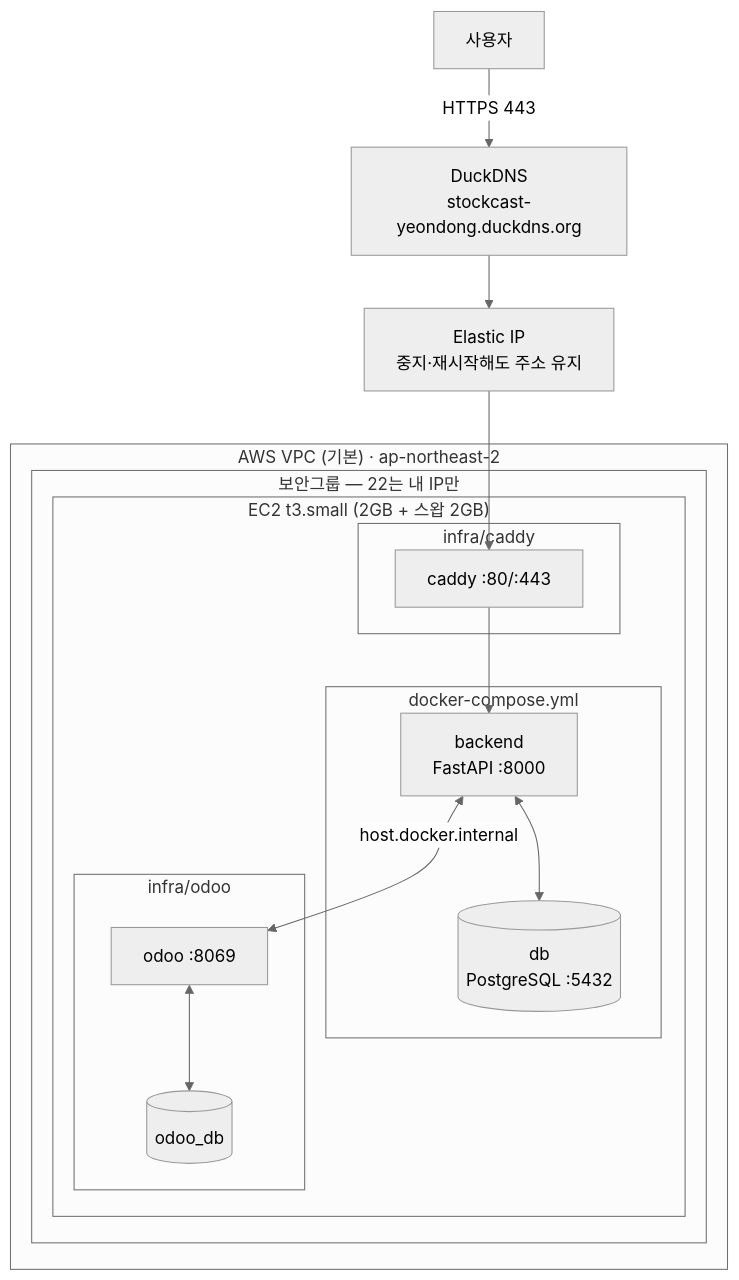
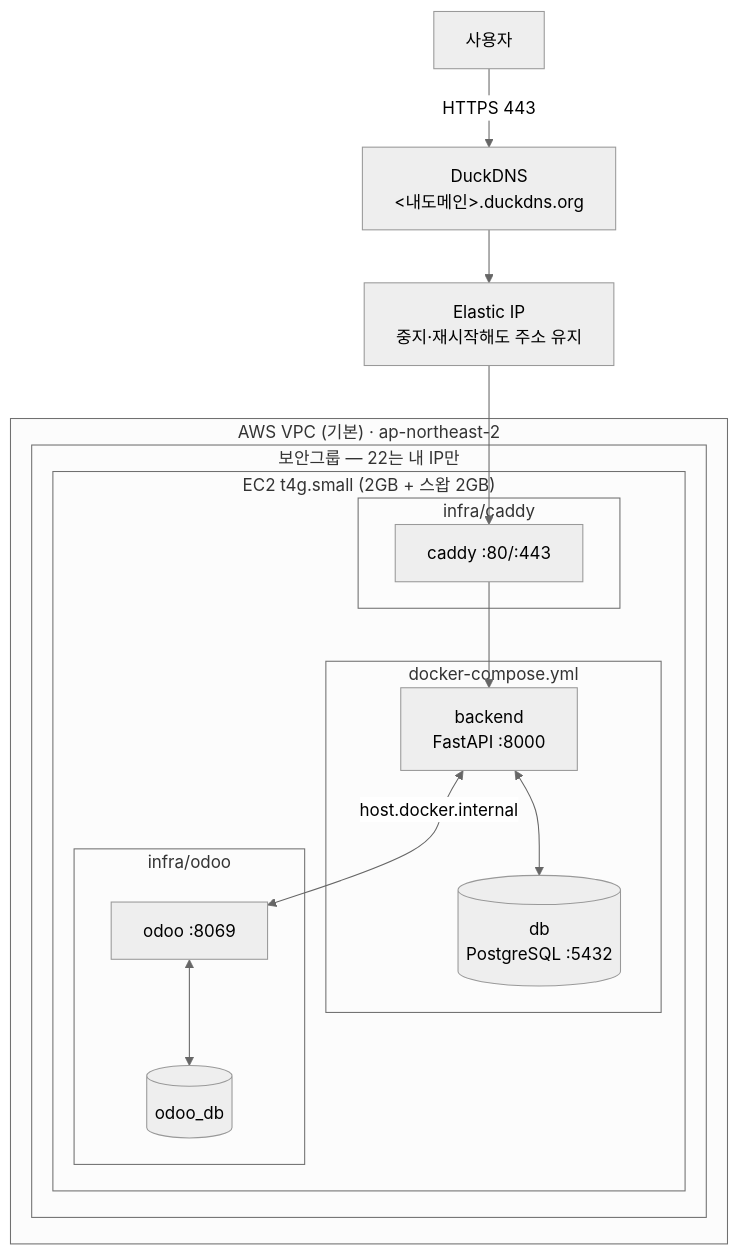
The sixth of 8 diagrams in docs/설계/시스템아키텍처.md (adieud99/Stockcast), drawn with Mermaid (neutral theme) before and after one commit. The commit also changed other lines of this file and 6 other files, not shown here.

````diff
--- a/docs/설계/시스템아키텍처.md
+++ b/docs/설계/시스템아키텍처.md
@@ -160,29 +160,29 @@
 ```mermaid
 flowchart TB
-    USER["사용자"] -->|HTTPS 443| DNS["DuckDNS<br/>stockcast-yeondong.duckdns.org"]
+    USER["사용자"] -->|HTTPS 443| DNS["DuckDNS<br/><내도메인>.duckdns.org"]
     DNS --> EIP["Elastic IP<br/>중지·재시작해도 주소 유지"]
 
     subgraph VPC["AWS VPC (기본) · ap-northeast-2"]
         subgraph SG["보안그룹 — 22는 내 IP만"]
-            subgraph EC2["EC2 t3.small (2GB + 스왑 2GB)"]
+            subgraph EC2["EC2 t4g.small (2GB + 스왑 2GB)"]
                 subgraph S1["docker-compose.yml"]
                     BE["backend<br/>FastAPI :8000"]
                     DB[("db<br/>PostgreSQL :5432")]
                 end
                 subgraph S2["infra/odoo"]
                     OD["odoo :8069"]
                     ODB[("odoo_db")]
                 end
                 subgraph S3["infra/caddy"]
                     CD["caddy :80/:443"]
                 end
             end
         end
     end
 
     EIP --> CD
     CD --> BE
     BE <--> DB
     BE <-->|host.docker.internal| OD
     OD <--> ODB
 ```
````
